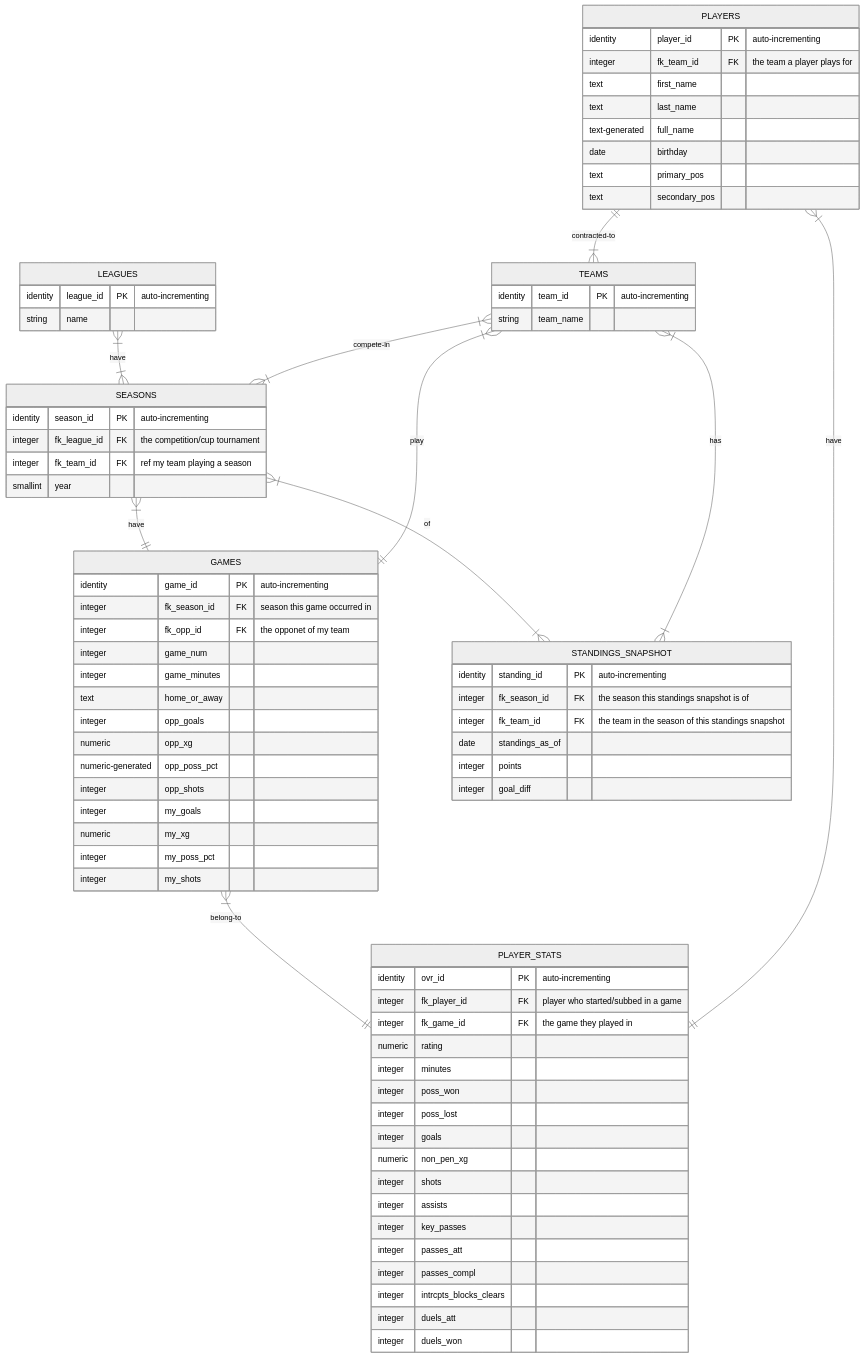
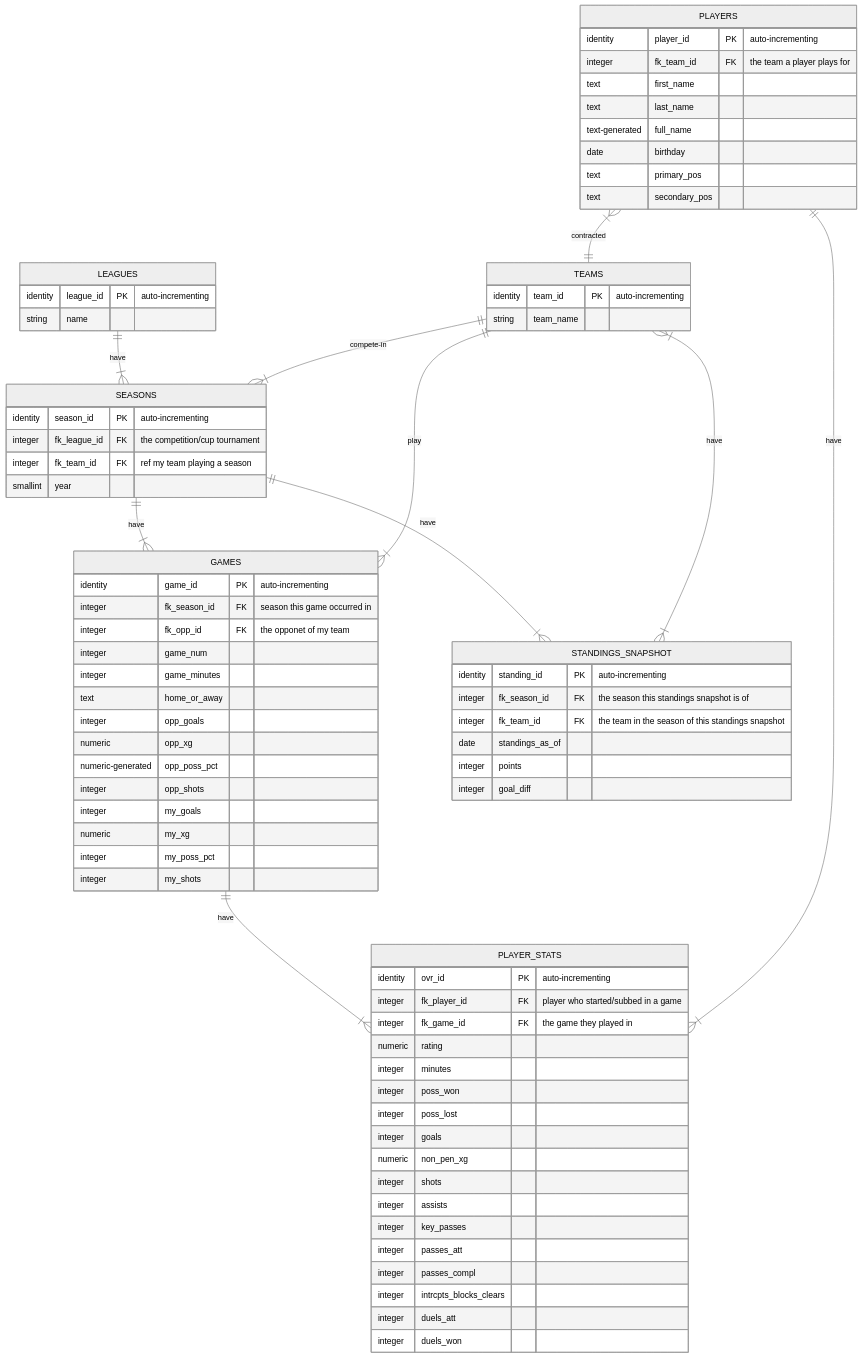
One commit to BrandonHoeft/fifa-career-mode-db changed the diagram in README.md. Above: the diagram before and after it, drawn with Mermaid (neutral theme).

Commit message:
update: ERD crows feet relations updated to reflect proper relations

````diff
--- a/README.md
+++ b/README.md
@@ -15,11 +15,11 @@
 ```mermaid
 erDiagram
-    LEAGUES }|--|{ SEASONS : have
+    LEAGUES ||--|{ SEASONS : have
        LEAGUES {
            identity league_id PK "auto-incrementing"
            string name
     }
-    TEAMS }|--|{ SEASONS : compete-in
+    TEAMS ||--|{ SEASONS : compete-in
        TEAMS {
            identity team_id PK "auto-incrementing"
            string team_name
@@ -30,7 +30,7 @@
            integer fk_team_id FK "ref my team playing a season"
            smallint year
     }
-    SEASONS }|--|| GAMES : have
+    SEASONS ||--|{ GAMES : have
         GAMES {
             identity game_id PK "auto-incrementing"
             integer fk_season_id FK "season this game occurred in"
@@ -47,8 +47,8 @@
             integer my_poss_pct
             integer my_shots
        }
-    TEAMS }|--|| GAMES : play
-    PLAYERS ||--|{ TEAMS : contracted-to
+    TEAMS ||--|{ GAMES : play
+    PLAYERS }|--|| TEAMS : contracted
         PLAYERS {
             identity player_id PK "auto-incrementing"
             integer fk_team_id FK "the team a player plays for"
@@ -60,7 +60,7 @@
             text secondary_pos
         }
     
-    GAMES }|--|| PLAYER_STATS : belong-to
+    GAMES ||--|{ PLAYER_STATS : have
         PLAYER_STATS {
             identity ovr_id PK "auto-incrementing"
             integer fk_player_id FK "player who started/subbed in a game"
@@ -80,10 +80,10 @@
             integer duels_att
             integer duels_won            
         }
-    PLAYERS }|--|| PLAYER_STATS : have
+    PLAYERS ||--|{ PLAYER_STATS : have
  
 
-    SEASONS }|--|{ STANDINGS_SNAPSHOT: of
+    SEASONS ||--|{ STANDINGS_SNAPSHOT: have
         STANDINGS_SNAPSHOT {
             identity standing_id PK "auto-incrementing"
             integer fk_season_id FK  "the season this standings snapshot is of"
@@ -93,6 +93,6 @@
             integer goal_diff
         }
     
-    TEAMS }|--|{ STANDINGS_SNAPSHOT: has
+    TEAMS }|--|{ STANDINGS_SNAPSHOT: have
 
 ```
````
